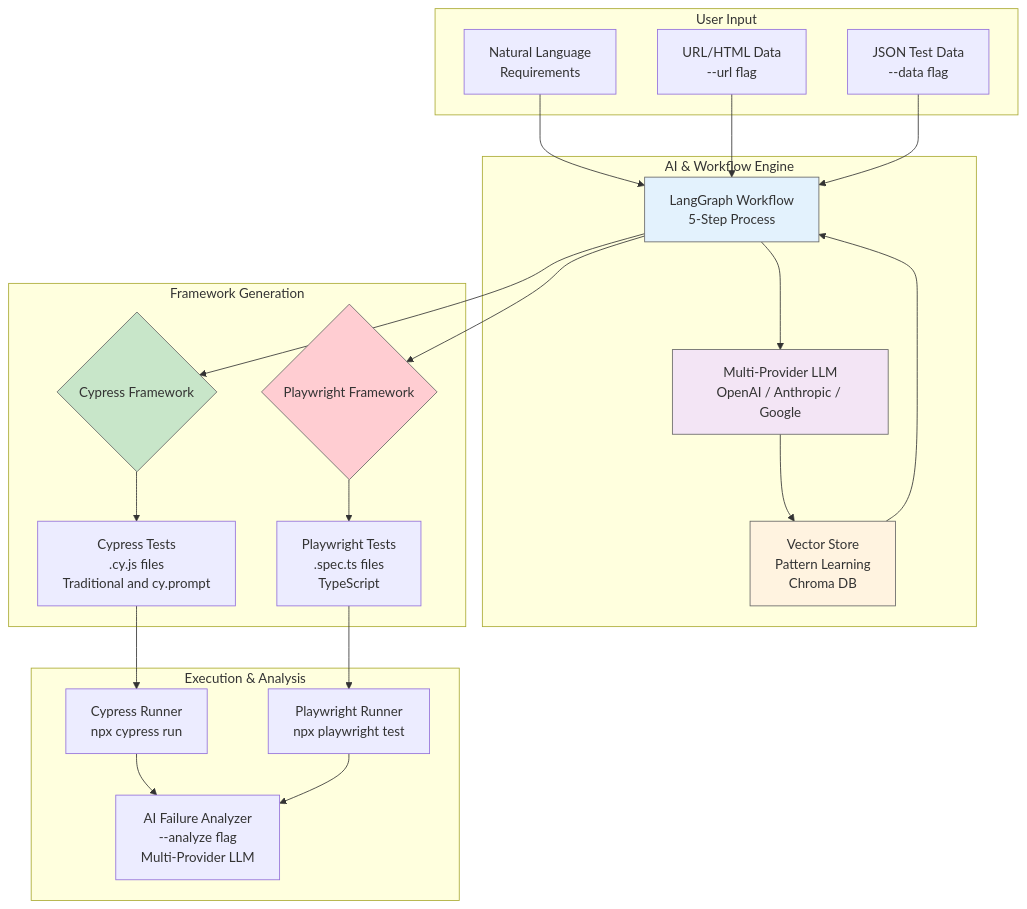
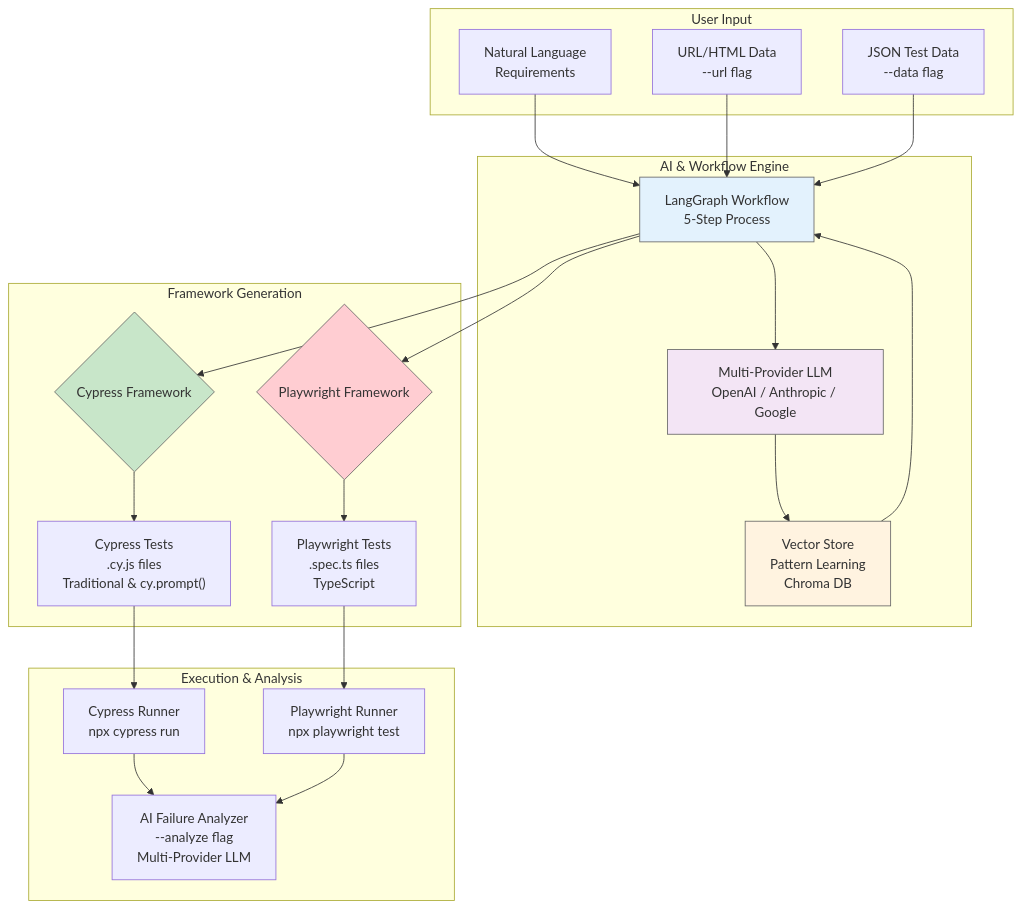
The first of 3 diagrams in README.md (aiqualitylab/ai-natural-language-tests), drawn with Mermaid before and after one commit.

Commit message:
Fix formatting in Cypress Tests description

````diff
--- a/README.md
+++ b/README.md
@@ -104,48 +104,48 @@
 ```mermaid
 graph TB
     subgraph "User Input"
         A[Natural Language<br>Requirements]
         B[URL/HTML Data<br>--url flag]
         C[JSON Test Data<br>--data flag]
     end
 
     subgraph "AI & Workflow Engine"
         D[LangGraph Workflow<br>5-Step Process]
         E[Multi-Provider LLM<br>OpenAI / Anthropic / Google]
         F[Vector Store<br>Pattern Learning<br>Chroma DB]
     end
 
     subgraph "Framework Generation"
         G{Cypress Framework}
         H{Playwright Framework}
-        I[Cypress Tests<br>.cy.js files<br>Traditional and cy.prompt]
+        I["Cypress Tests<br>.cy.js files<br>Traditional & cy.prompt()"]
         J[Playwright Tests<br>.spec.ts files<br>TypeScript]
     end
 
     subgraph "Execution & Analysis"
         K[Cypress Runner<br>npx cypress run]
         L[Playwright Runner<br>npx playwright test]
         M[AI Failure Analyzer<br>--analyze flag<br>Multi-Provider LLM]
     end
 
     A --> D
     B --> D
     C --> D
     D --> E
     E --> F
     F --> D
     D --> G
     D --> H
     G --> I
     H --> J
     I --> K
     J --> L
     K --> M
     L --> M
 
     style D fill:#e3f2fd,color:#333333,stroke:#666666
     style E fill:#f3e5f5,color:#333333,stroke:#666666
     style F fill:#fff3e0,color:#333333,stroke:#666666
     style G fill:#c8e6c9,color:#333333,stroke:#666666
     style H fill:#ffcdd2,color:#333333,stroke:#666666
 ```
````
